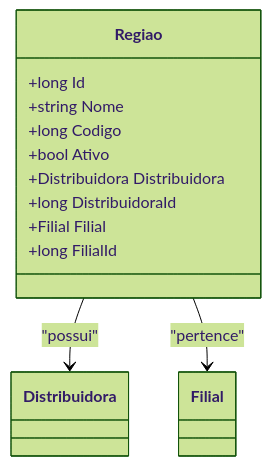
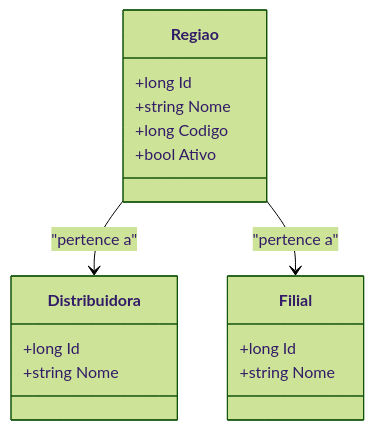
The diagram in docs/b2b-dominio/IsthmusWinthor.Nucleo/IsthmusWinthor.Dominio/Entidades/Regiao.md (IsthmusSistemas/documentacao-tecnica), drawn with Mermaid (forest theme) before and after one commit. The commit also changed other lines of this file and 882 other files, not shown here.

````diff
--- a/docs/b2b-dominio/IsthmusWinthor.Nucleo/IsthmusWinthor.Dominio/Entidades/Regiao.md
+++ b/docs/b2b-dominio/IsthmusWinthor.Nucleo/IsthmusWinthor.Dominio/Entidades/Regiao.md
@@ -37,22 +40,19 @@
 ```mermaid
 classDiagram
     class Regiao {
         +long Id
         +string Nome
         +long Codigo
         +bool Ativo
-        +Distribuidora Distribuidora
-        +long DistribuidoraId
-        +Filial Filial
-        +long FilialId
     }
-
     class Distribuidora {
+        +long Id
+        +string Nome
     }
-
     class Filial {
+        +long Id
+        +string Nome
     }
-
-    Regiao --> Distribuidora : "possui"
-    Regiao --> Filial : "pertence"
+    Regiao --> Distribuidora : "pertence a"
+    Regiao --> Filial : "pertence a"
 ```
````
